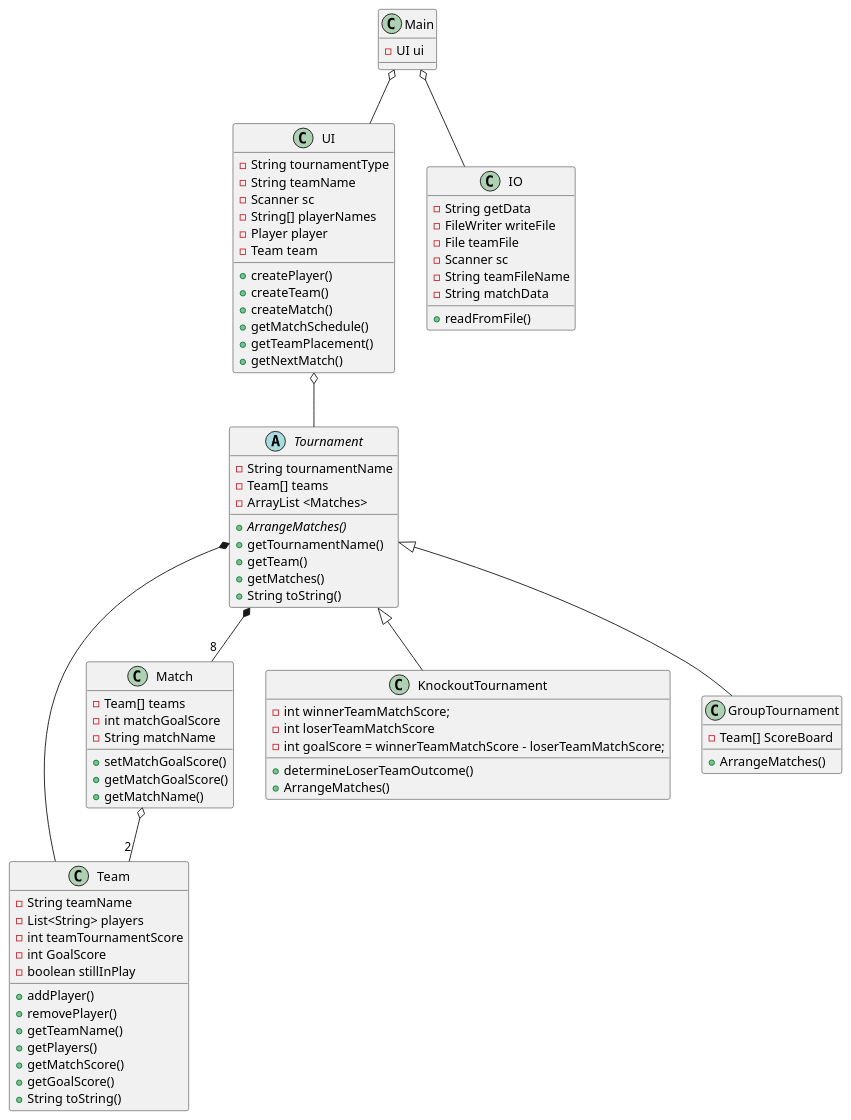
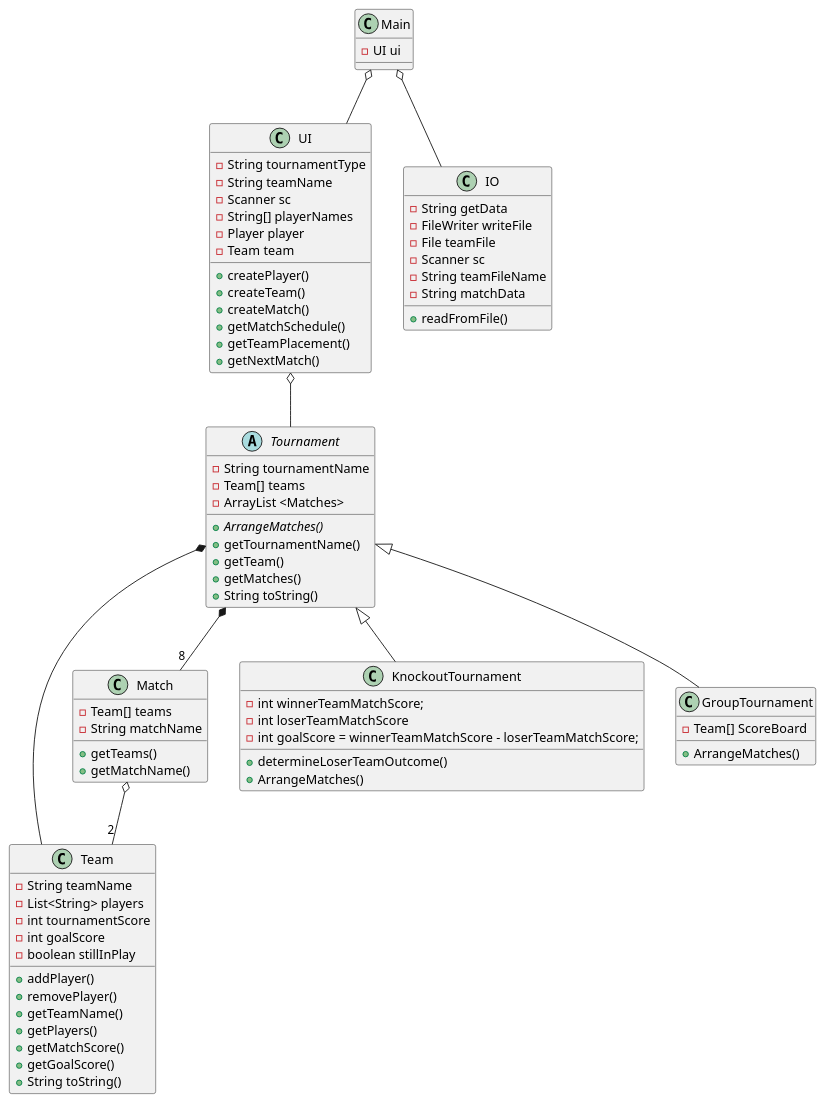
Before and after one commit to DeRp-DaWg/SP3: the diagram in doc/Class.puml, drawn with PlantUML.

```diff
--- a/doc/Class.puml
+++ b/doc/Class.puml
@@ -1,90 +1,88 @@
 @startuml
 'https://plantuml.com/class-diagram
 
 class Main{
 -UI ui
 }
 
 
 class Team {
 -String teamName
 -List<String> players
--int teamTournamentScore
--int GoalScore
+-int tournamentScore
+-int goalScore
 -boolean stillInPlay
 +addPlayer()
 +removePlayer()
 +getTeamName()
 +getPlayers()
 +getMatchScore()
 +getGoalScore()
 +String toString()
 }
 
 class Match{
 -Team[] teams
--int matchGoalScore
 -String matchName
-+setMatchGoalScore()
-+getMatchGoalScore()
++getTeams()
 +getMatchName()
 }
 
 abstract Tournament {
 -String tournamentName
 -Team[] teams
 -ArrayList <Matches>
 +{abstract}ArrangeMatches()
 +getTournamentName()
 +getTeam()
 +getMatches()
 +String toString()
 }
 
 class KnockoutTournament{
 -int winnerTeamMatchScore;
 -int loserTeamMatchScore
 -int goalScore = winnerTeamMatchScore - loserTeamMatchScore;
 +determineLoserTeamOutcome()
 +ArrangeMatches()
 }
 
 class GroupTournament{
 -Team[] ScoreBoard
 +ArrangeMatches()
 }
 
 class UI {
 -String tournamentType
 -String teamName
 -Scanner sc
 -String[] playerNames
 -Player player
 -Team team
 +createPlayer()
 +createTeam()
 +createMatch()
 +getMatchSchedule()
 +getTeamPlacement()
 +getNextMatch()
 }
 
 class IO {
 -String getData
 -FileWriter writeFile
 -File teamFile
 -Scanner sc
 -String teamFileName
 -String matchData
 +readFromFile()
 }
 
 UI o-- Tournament
 Main o-- IO
 Tournament *-- "8" Match
 Tournament *-- Team
 Match o-- "2" Team
 Tournament <|-- KnockoutTournament
 Tournament <|-- GroupTournament
 Main o-- UI
 @enduml
```
